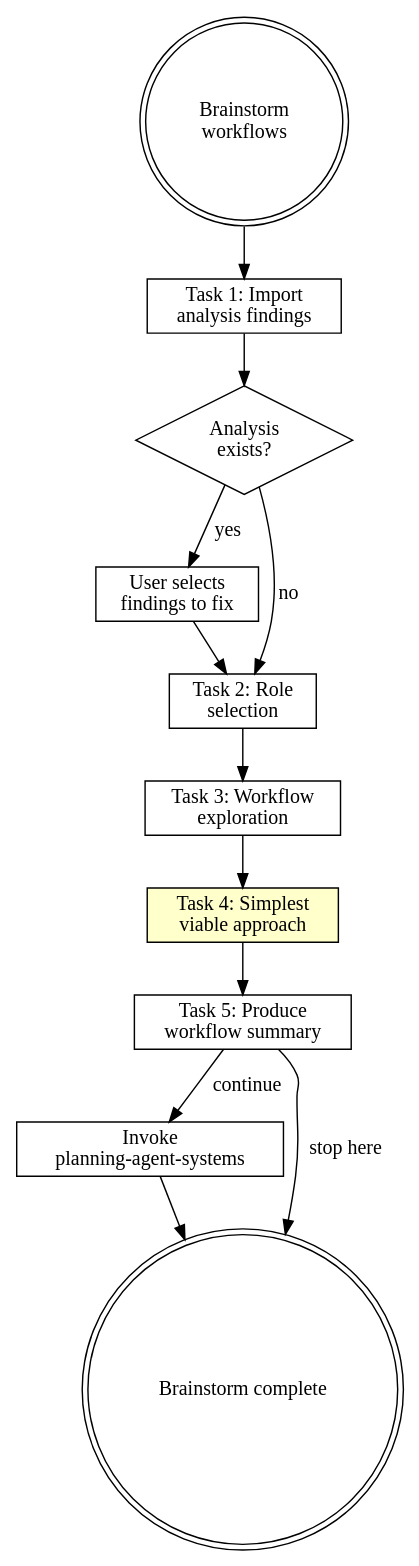
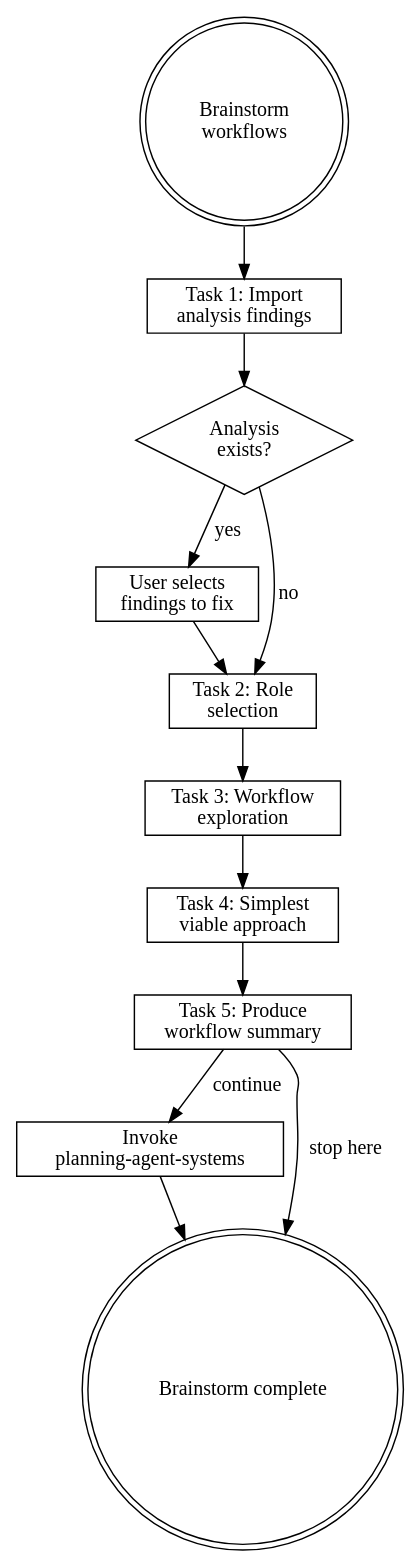
The diagram in plugins/rcc/skills/brainstorming-workflows/SKILL.md (wayne930242/Reflexive-Claude-Code), drawn with Graphviz before and after one commit. The commit also changed 16 other files, not shown here.

````diff
--- a/plugins/rcc/skills/brainstorming-workflows/SKILL.md
+++ b/plugins/rcc/skills/brainstorming-workflows/SKILL.md
@@ -171,28 +171,28 @@
 ```dot
 digraph brainstorm_workflows {
     rankdir=TB;
 
     start [label="Brainstorm\nworkflows", shape=doublecircle];
     analysis [label="Task 1: Import\nanalysis findings", shape=box];
     has_analysis [label="Analysis\nexists?", shape=diamond];
     confirm_fixes [label="User selects\nfindings to fix", shape=box];
     role [label="Task 2: Role\nselection", shape=box];
     explore [label="Task 3: Workflow\nexploration", shape=box];
-    simplify [label="Task 4: Simplest\nviable approach", shape=box, style=filled, fillcolor="#ffffcc"];
+    simplify [label="Task 4: Simplest\nviable approach", shape=box];
     summary [label="Task 5: Produce\nworkflow summary", shape=box];
     handoff [label="Invoke\nplanning-agent-systems", shape=box];
     done [label="Brainstorm complete", shape=doublecircle];
 
     start -> analysis;
     analysis -> has_analysis;
     has_analysis -> confirm_fixes [label="yes"];
     has_analysis -> role [label="no"];
     confirm_fixes -> role;
     role -> explore;
     explore -> simplify;
     simplify -> summary;
     summary -> handoff [label="continue"];
     summary -> done [label="stop here"];
     handoff -> done;
 }
 ```
````
